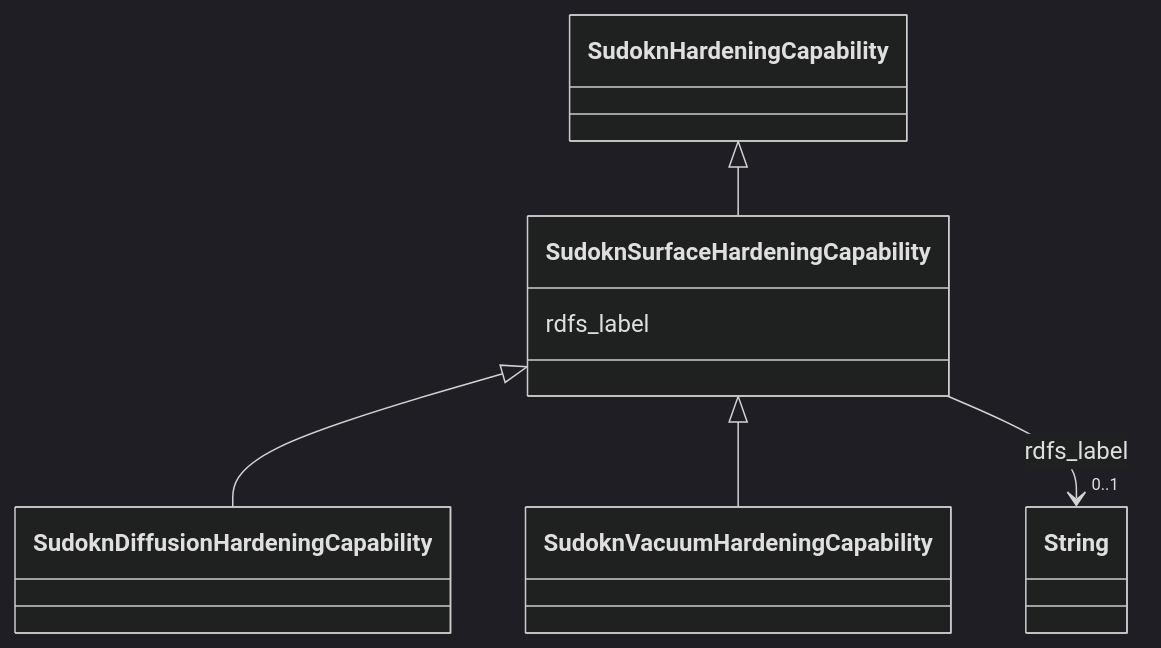
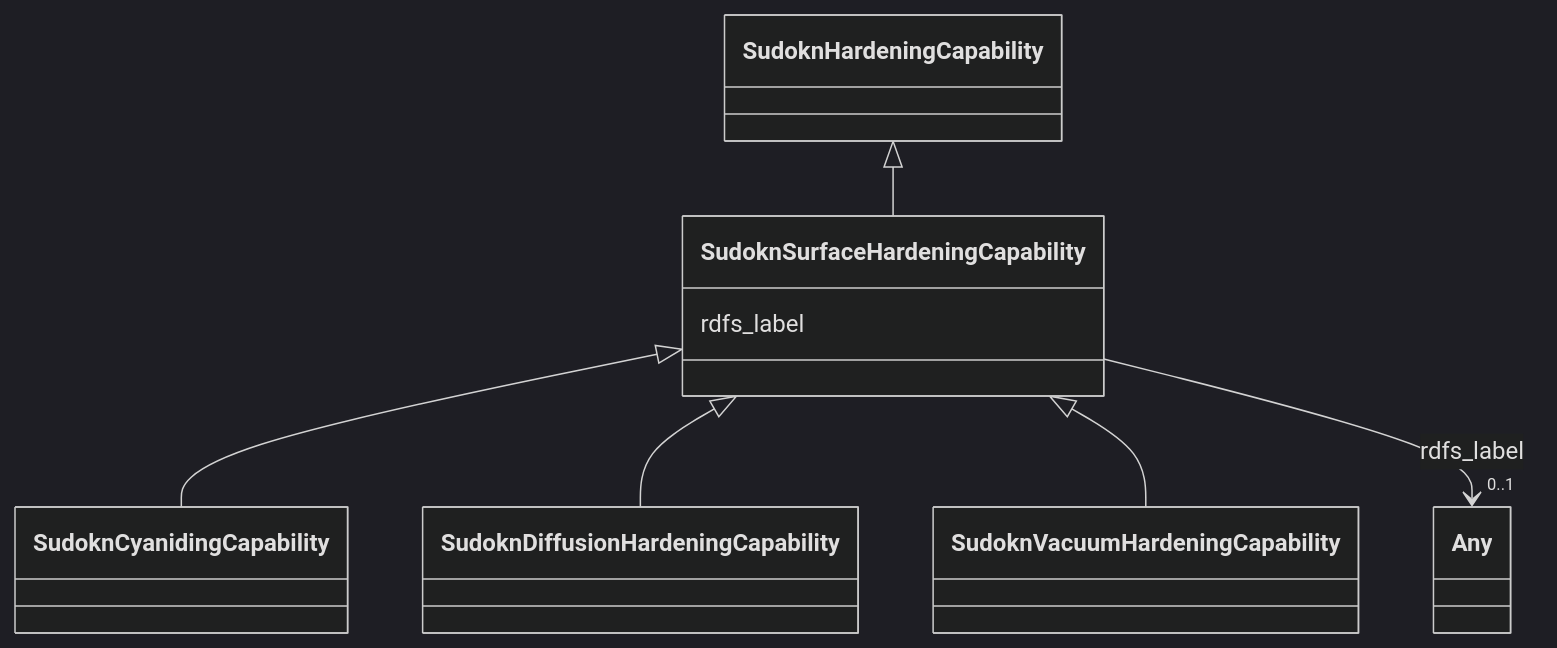
One commit to frink-okn/graph-descriptions changed the diagram in sudokn-kg/classes/SudoknSurfaceHardeningCapability.md. Above: the diagram before and after it, drawn with Mermaid (dark theme). The commit also changed other lines of this file and 903 other files, not shown here.

````diff
--- a/sudokn-kg/classes/SudoknSurfaceHardeningCapability.md
+++ b/sudokn-kg/classes/SudoknSurfaceHardeningCapability.md
@@ -23,25 +16,27 @@
 ```mermaid
  classDiagram
     class SudoknSurfaceHardeningCapability
     click SudoknSurfaceHardeningCapability href "../SudoknSurfaceHardeningCapability"
       SudoknHardeningCapability <|-- SudoknSurfaceHardeningCapability
         click SudoknHardeningCapability href "../SudoknHardeningCapability"
       
 
+      SudoknSurfaceHardeningCapability <|-- SudoknCyanidingCapability
+        click SudoknCyanidingCapability href "../SudoknCyanidingCapability"
       SudoknSurfaceHardeningCapability <|-- SudoknDiffusionHardeningCapability
         click SudoknDiffusionHardeningCapability href "../SudoknDiffusionHardeningCapability"
       SudoknSurfaceHardeningCapability <|-- SudoknVacuumHardeningCapability
         click SudoknVacuumHardeningCapability href "../SudoknVacuumHardeningCapability"
       
       
       SudoknSurfaceHardeningCapability : rdfs_label
         
           
     
     
-    SudoknSurfaceHardeningCapability --> "0..1" String : rdfs_label
-    click String href "../String"
+    SudoknSurfaceHardeningCapability --> "0..1" Any : rdfs_label
+    click Any href "../Any"
 
         
       
 ```
````
